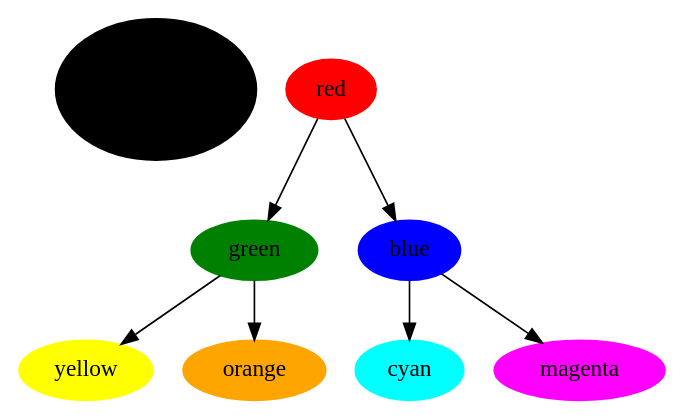
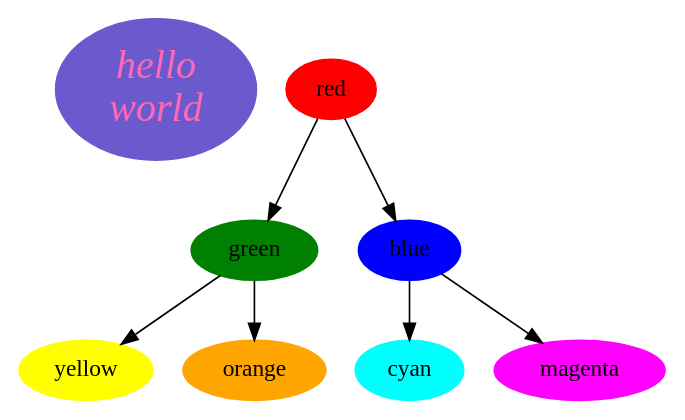
One commit to graphviz-perl/Tk-GraphViz changed the diagram in t/graphs/directed/ctext.dot. Above: the diagram before and after it, drawn with Graphviz. The commit also changed 1 other file, not shown here.

```diff
--- a/t/graphs/directed/ctext.dot
+++ b/t/graphs/directed/ctext.dot
@@ -1,17 +1,17 @@
 digraph G {
 	node [label="\N"];
-	xyz [label="hello\nworld", color=slate_blue, fontsize=24, fontname="Palatino-Italic", style=filled, fontcolor="hot pink"];
+	xyz [label="hello\nworld", color=slateblue, fontsize=24, fontname="Palatino-Italic", style=filled, fontcolor="hotpink"];
 	red [color=red, style=filled];
 	green [color=green, style=filled];
 	blue [color=blue, style=filled, fontcolor=black];
 	cyan [color=cyan, style=filled];
 	magenta [color=magenta, style=filled];
 	yellow [color=yellow, style=filled];
 	orange [color=orange, style=filled];
 	red -> green
 	red -> blue
 	blue -> cyan
 	blue -> magenta
 	green -> yellow
 	green -> orange
 }
```
